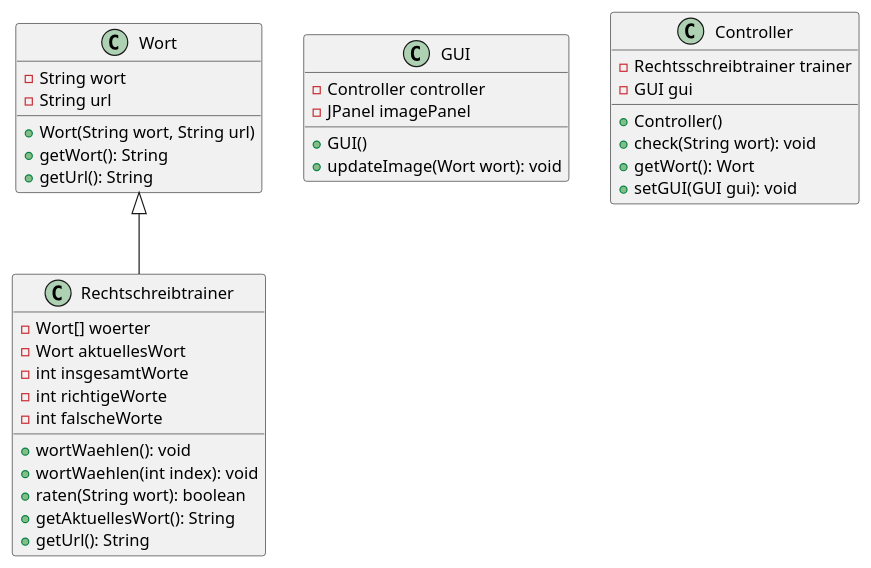
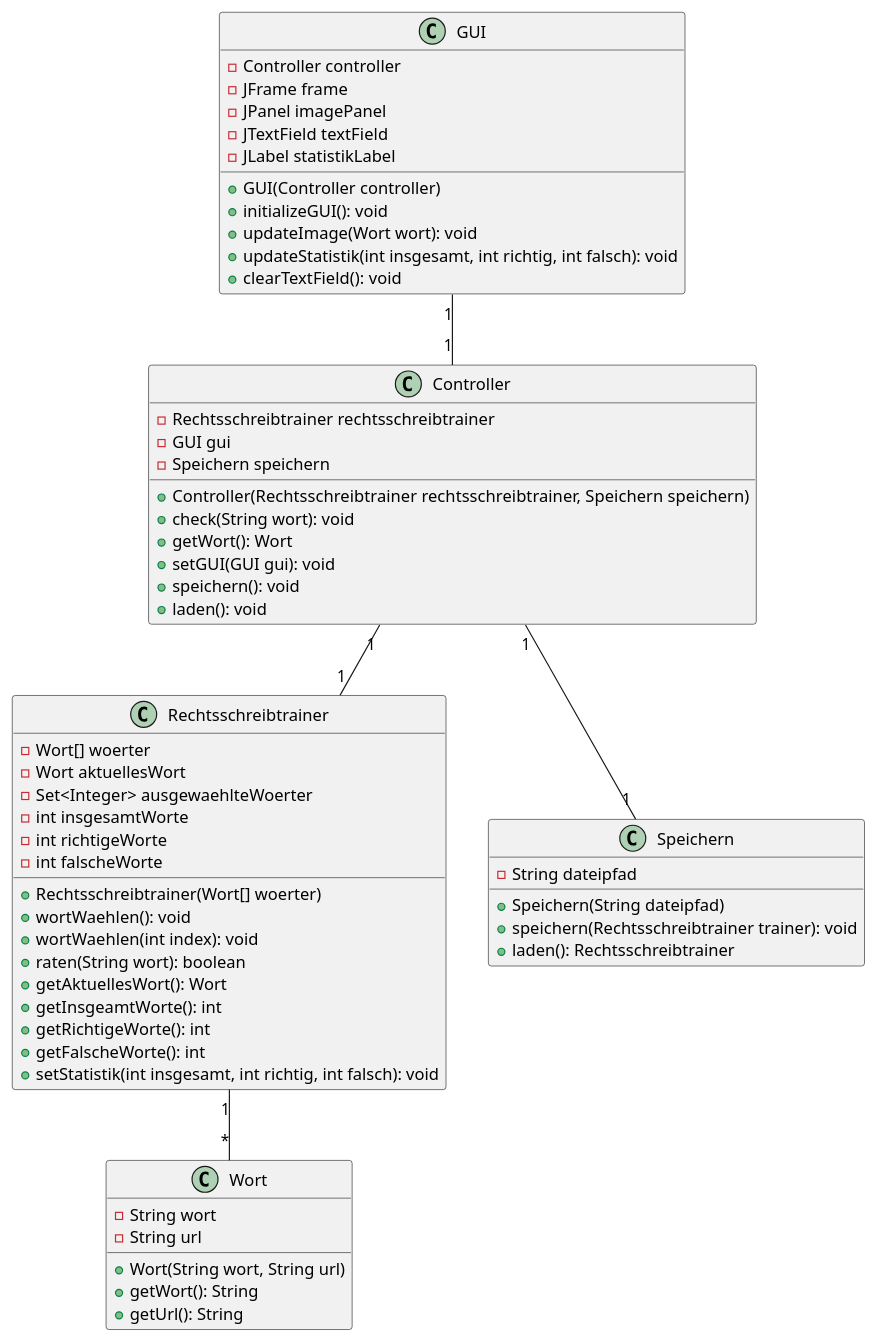
The diagram in app/uml/UML.puml (TGM-HIT/sew9-2324-worttrainer-jdoppelhofer), drawn with PlantUML before and after one commit. The commit also changed 2 other files, not shown here.

Commit message:
UML fertiggestellt

```diff
--- a/app/uml/UML.puml
+++ b/app/uml/UML.puml
@@ -1,41 +1,66 @@
 @startuml
 
-Wort <|-- Rechtschreibtrainer
-
 class Wort {
-    -String wort
-    -String url
-    +Wort(String wort, String url)
-    +getWort(): String
-    +getUrl(): String
+    - String wort
+    - String url
+    + Wort(String wort, String url)
+    + getWort(): String
+    + getUrl(): String
 }
 
-class Rechtschreibtrainer {
-    -Wort[] woerter
-    -Wort aktuellesWort
-    -int insgesamtWorte
-    -int richtigeWorte
-    -int falscheWorte
-    +wortWaehlen(): void
-    +wortWaehlen(int index): void
-    +raten(String wort): boolean
-    +getAktuellesWort(): String
-    +getUrl(): String
+class Rechtsschreibtrainer {
+    - Wort[] woerter
+    - Wort aktuellesWort
+    - Set<Integer> ausgewaehlteWoerter
+    - int insgesamtWorte
+    - int richtigeWorte
+    - int falscheWorte
+    + Rechtsschreibtrainer(Wort[] woerter)
+    + wortWaehlen(): void
+    + wortWaehlen(int index): void
+    + raten(String wort): boolean
+    + getAktuellesWort(): Wort
+    + getInsgeamtWorte(): int
+    + getRichtigeWorte(): int
+    + getFalscheWorte(): int
+    + setStatistik(int insgesamt, int richtig, int falsch): void
 }
 
 class GUI {
-    -Controller controller
-    -JPanel imagePanel
-    +GUI()
-    +updateImage(Wort wort): void
+    - Controller controller
+    - JFrame frame
+    - JPanel imagePanel
+    - JTextField textField
+    - JLabel statistikLabel
+    + GUI(Controller controller)
+    + initializeGUI(): void
+    + updateImage(Wort wort): void
+    + updateStatistik(int insgesamt, int richtig, int falsch): void
+    + clearTextField(): void
 }
 
 class Controller {
-    -Rechtsschreibtrainer trainer
-    -GUI gui
-    +Controller()
-    +check(String wort): void
-    +getWort(): Wort
-    +setGUI(GUI gui): void
+    - Rechtsschreibtrainer rechtsschreibtrainer
+    - GUI gui
+    - Speichern speichern
+    + Controller(Rechtsschreibtrainer rechtsschreibtrainer, Speichern speichern)
+    + check(String wort): void
+    + getWort(): Wort
+    + setGUI(GUI gui): void
+    + speichern(): void
+    + laden(): void
 }
+
+class Speichern {
+    - String dateipfad
+    + Speichern(String dateipfad)
+    + speichern(Rechtsschreibtrainer trainer): void
+    + laden(): Rechtsschreibtrainer
+}
+
+Rechtsschreibtrainer "1" -- "*" Wort
+Controller "1" -- "1" Rechtsschreibtrainer
+GUI "1" -- "1" Controller
+Controller "1" -- "1" Speichern
+
 @enduml
```
